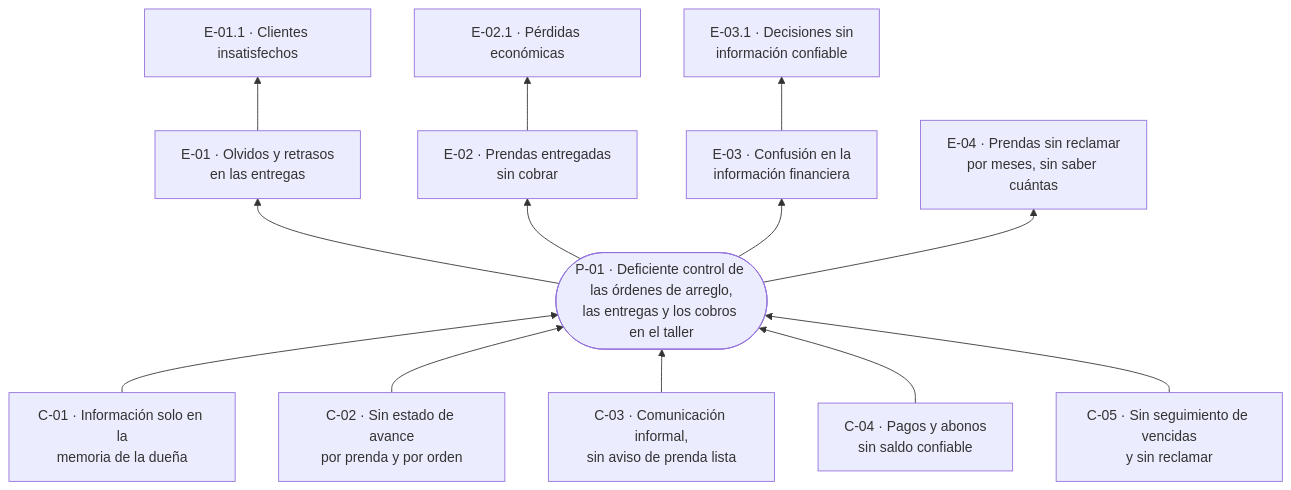
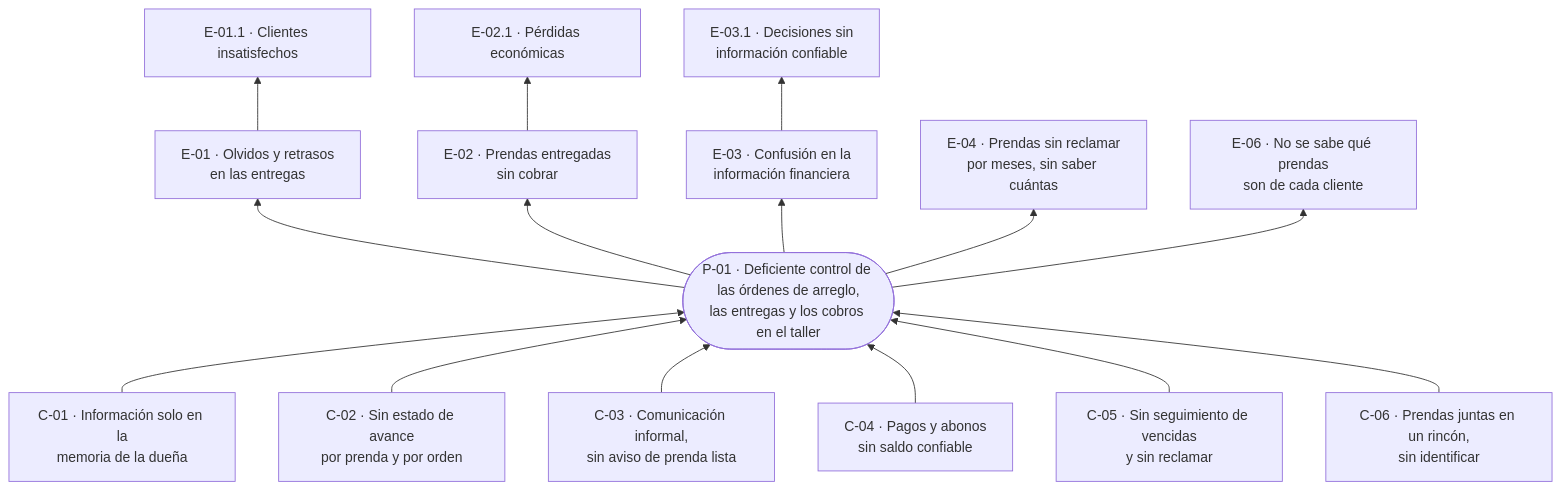
Before and after one commit to Aryannext/El-taller-ines: the diagram in docs/01-problema/arbol-de-problemas.md, drawn with Mermaid. The commit also changed other lines of this file and 8 other files, not shown here.

````diff
--- a/docs/01-problema/arbol-de-problemas.md
+++ b/docs/01-problema/arbol-de-problemas.md
@@ -73,34 +77,38 @@
 ```mermaid
 flowchart BT
     C01["C-01 · Información solo en la<br/>memoria de la dueña"]
     C02["C-02 · Sin estado de avance<br/>por prenda y por orden"]
     C03["C-03 · Comunicación informal,<br/>sin aviso de prenda lista"]
     C04["C-04 · Pagos y abonos<br/>sin saldo confiable"]
     C05["C-05 · Sin seguimiento de vencidas<br/>y sin reclamar"]
+    C06["C-06 · Prendas juntas en un rincón,<br/>sin identificar"]
 
     P01(["P-01 · Deficiente control de las órdenes de arreglo,<br/>las entregas y los cobros en el taller"])
 
     E01["E-01 · Olvidos y retrasos<br/>en las entregas"]
     E02["E-02 · Prendas entregadas<br/>sin cobrar"]
     E03["E-03 · Confusión en la<br/>información financiera"]
     E04["E-04 · Prendas sin reclamar<br/>por meses, sin saber cuántas"]
+    E06["E-06 · No se sabe qué prendas<br/>son de cada cliente"]
 
     E011["E-01.1 · Clientes insatisfechos"]
     E021["E-02.1 · Pérdidas económicas"]
     E031["E-03.1 · Decisiones sin<br/>información confiable"]
 
     C01 --> P01
     C02 --> P01
     C03 --> P01
     C04 --> P01
     C05 --> P01
+    C06 --> P01
 
     P01 --> E01
     P01 --> E02
     P01 --> E03
     P01 --> E04
+    P01 --> E06
 
     E01 --> E011
     E02 --> E021
     E03 --> E031
 ```
````
